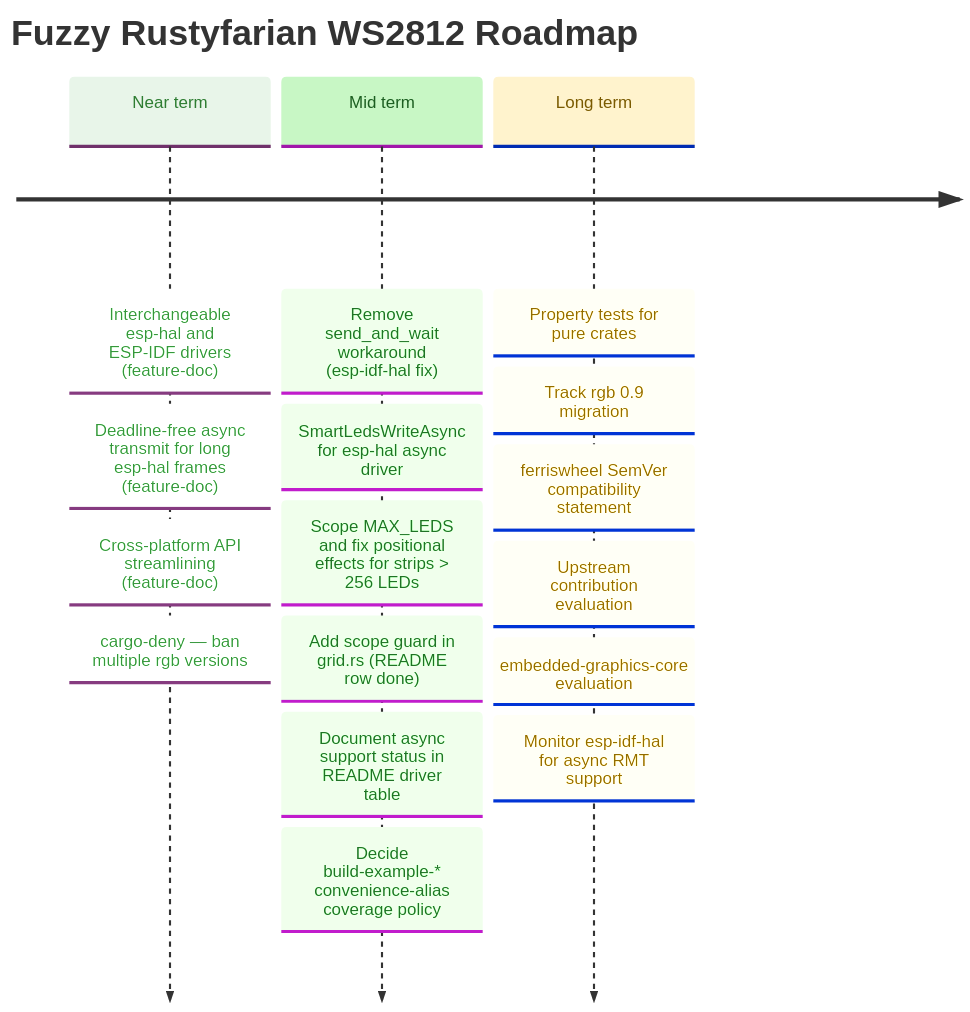
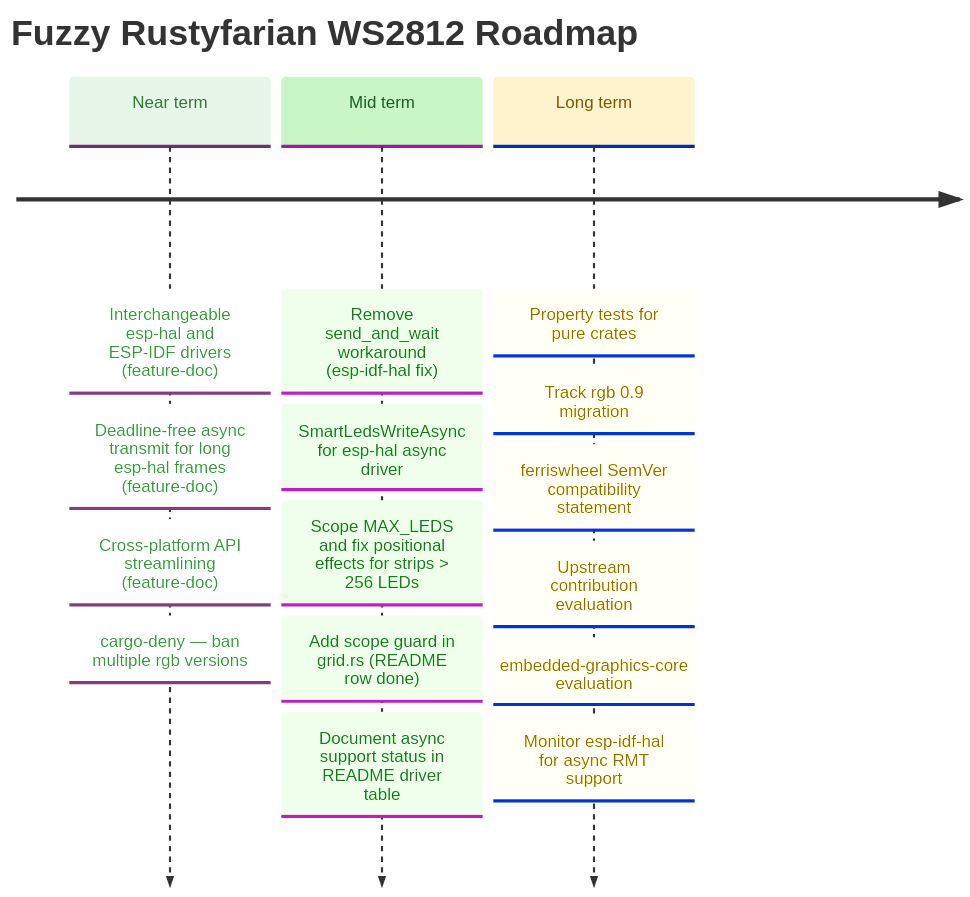
One commit to datenkollektiv/rustyfarian-ws2812 changed the diagram in docs/ROADMAP.md. Above: the diagram before and after it, drawn with Mermaid. The commit also changed other lines of this file and 74 other files, not shown here.

````diff
--- a/docs/ROADMAP.md
+++ b/docs/ROADMAP.md
@@ -31,37 +31,36 @@
 ```mermaid
 %%{init: {
   "theme": "base",
   "themeVariables": {
     "cScale0": "#e8f5e9",
     "cScaleLabel0": "#2e7d32",
     "cScale1": "#c8f7c5",
     "cScaleLabel1": "#1b5e20",
     "cScale2": "#fff3cd",
     "cScaleLabel2": "#7a5a00",
     "cScale3": "#e3f2fd",
     "cScaleLabel3": "#0d47a1"
   }
 }}%%
 
 timeline
     title Fuzzy Rustyfarian WS2812 Roadmap
 
     Near term : Interchangeable esp-hal and ESP-IDF drivers (feature-doc)
               : Deadline-free async transmit for long esp-hal frames (feature-doc)
               : Cross-platform API streamlining (feature-doc)
               : cargo-deny — ban multiple rgb versions
 
     Mid term  : Remove send_and_wait workaround (esp-idf-hal fix)
               : SmartLedsWriteAsync for esp-hal async driver
               : Scope MAX_LEDS and fix positional effects for strips > 256 LEDs
               : Add scope guard in grid.rs (README row done)
               : Document async support status in README driver table
-              : Decide build-example-* convenience-alias coverage policy
 
     Long term : Property tests for pure crates
               : Track rgb 0.9 migration
               : ferriswheel SemVer compatibility statement
               : Upstream contribution evaluation
               : embedded-graphics-core evaluation
               : Monitor esp-idf-hal for async RMT support
 ```
````
